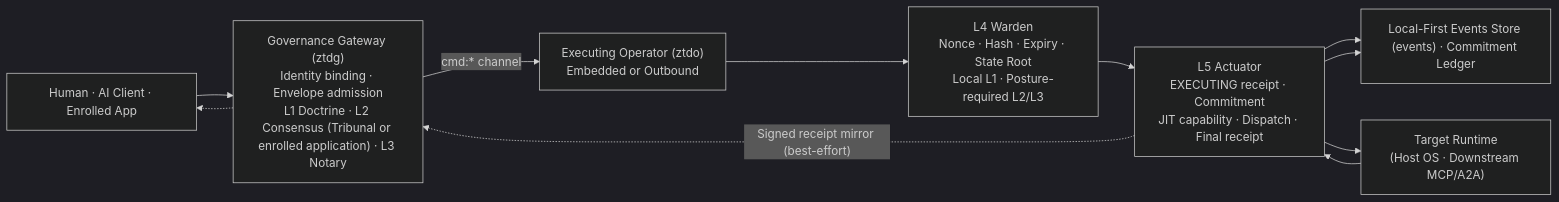
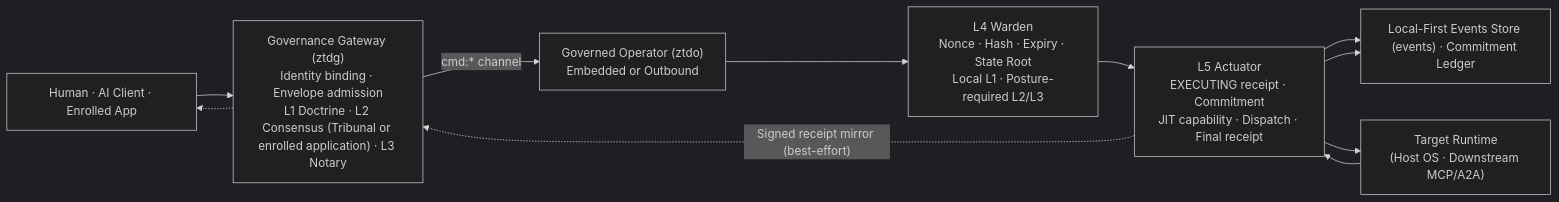
One commit to zerotrustdata/ztd changed the diagram in docs/diagrams/flowchart-system-overview-lr.md. Above: the diagram before and after it, drawn with Mermaid (dark theme). The commit also changed other lines of this file and 216 other files, not shown here.

````diff
--- a/docs/diagrams/flowchart-system-overview-lr.md
+++ b/docs/diagrams/flowchart-system-overview-lr.md
@@ -27,21 +27,21 @@
 ```mermaid
 flowchart LR
     Client["Human · AI Client · Enrolled App"]
     Gateway["Governance Gateway (ztdg)<br/>Identity binding · Envelope admission<br/>L1 Doctrine · L2 Consensus (Tribunal or enrolled application) · L3 Notary"]
-    Operator["Executing Operator (ztdo)<br/>Embedded or Outbound"]
+    Operator["Governed Operator (ztdo)<br/>Embedded or Outbound"]
     L4Warden["L4 Warden<br/>Nonce · Hash · Expiry · State Root<br/>Local L1 · Posture-required L2/L3"]
     L5Actuator["L5 Actuator<br/>EXECUTING receipt · Commitment<br/>JIT capability · Dispatch · Final receipt"]
     EventsStore["Local-First Events Store (events) · Commitment Ledger"]
     Target["Target Runtime<br/>(Host OS · Downstream MCP/A2A)"]
 
     Client --> Gateway
     Gateway -->|"cmd:* channel"| Operator
     Operator --> L4Warden
     L4Warden --> L5Actuator
     L5Actuator --> EventsStore
     L5Actuator --> Target
     Target --> L5Actuator
     L5Actuator --> EventsStore
     L5Actuator -.->|"Signed receipt mirror (best-effort)"| Gateway
     Gateway -.-> Client
 ```
````
